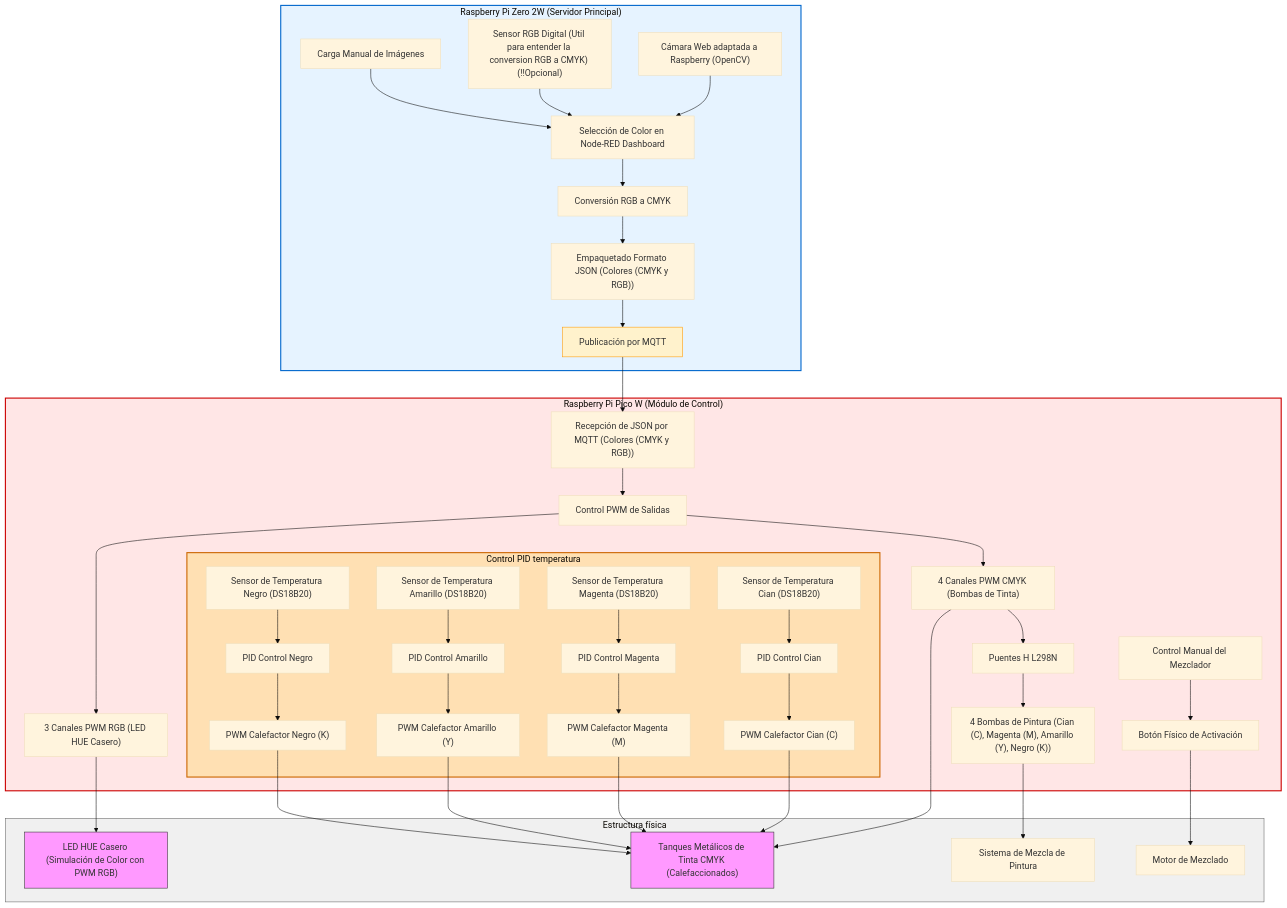
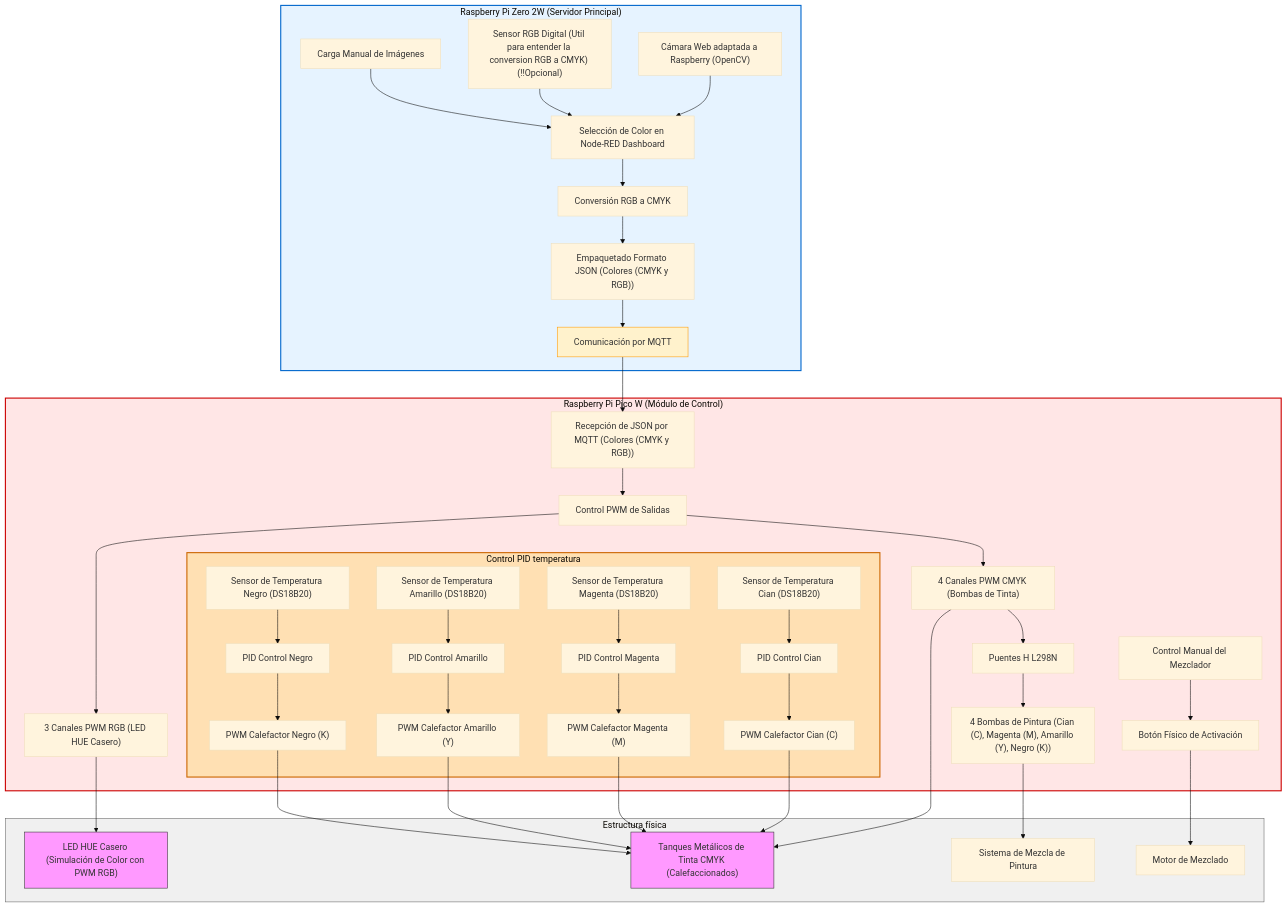
Before and after one commit to juandsandoval8/ChromaPID: the diagram in diagrama_MQTT.md, drawn with Mermaid (base theme).

````diff
--- a/diagrama_MQTT.md
+++ b/diagrama_MQTT.md
@@ -1,65 +1,65 @@
 ```mermaid
 flowchart TD
     %% ================= MAESTRO (Raspberry Pi Zero 2W) =================
     subgraph Maestro["Raspberry Pi Zero 2W (Servidor Principal)"]
         A["Cámara Web adaptada a Raspberry (OpenCV)"] --> B["Selección de Color en Node-RED Dashboard"]
         C["Sensor RGB Digital (Util para entender la conversion RGB a CMYK) (!!Opcional)"] --> B
         D["Carga Manual de Imágenes"] --> B
         B --> E["Conversión RGB a CMYK"]
         E --> F["Empaquetado Formato JSON (Colores (CMYK y RGB))"]
-        F --> G["Publicación por MQTT"]
+        F --> G["Comunicación por MQTT"]
     end
 
     %% ================= ESCLAVO (Raspberry Pi Pico W) =================
     subgraph Esclavo["Raspberry Pi Pico W (Módulo de Control)"]
         G --> H["Recepción de JSON por MQTT (Colores (CMYK y RGB))"]
         H --> I["Control PWM de Salidas"]
 
         %% PWM
         I --> M["4 Canales PWM CMYK (Bombas de Tinta)"]
         I --> N["3 Canales PWM RGB (LED HUE Casero)"]
 
         %% Temperatura - Control Independiente
         subgraph Temperatura["Control PID temperatura"]
             J1["Sensor de Temperatura Cian (DS18B20)"] --> P1["PID Control Cian"]
             J2["Sensor de Temperatura Magenta (DS18B20)"] --> P2["PID Control Magenta"]
             J3["Sensor de Temperatura Amarillo (DS18B20)"] --> P3["PID Control Amarillo"]
             J4["Sensor de Temperatura Negro (DS18B20)"] --> P4["PID Control Negro"]
 
             P1 --> T1["PWM Calefactor Cian (C)"]
             P2 --> T2["PWM Calefactor Magenta (M)"]
             P3 --> T3["PWM Calefactor Amarillo (Y)"]
             P4 --> T4["PWM Calefactor Negro (K)"]
         end
 
         %% Bombas
         M --> R["Puentes H L298N"]
         R --> S["4 Bombas de Pintura (Cian (C), Magenta (M), Amarillo (Y), Negro (K))"]
 
         %% Mezclador
         L["Control Manual del Mezclador"] --> Z["Botón Físico de Activación"]
     end
 
     %% ================= PERIFÉRICOS =================
     subgraph Periféricos["Estructura física"]
         N --> U["LED HUE Casero (Simulación de Color con PWM RGB)"]
         M --> V["Tanques Metálicos de Tinta CMYK (Calefaccionados)"]
         T1 --> V
         T2 --> V
         T3 --> V
         T4 --> V
         S --> Y["Sistema de Mezcla de Pintura"]
         Z --> X["Motor de Mezclado"]
     end
 
     %% ================= ESTILOS =================
     style Maestro fill:#e6f3ff,stroke:#0066cc,stroke-width:2px
     style Esclavo fill:#ffe6e6,stroke:#cc0000,stroke-width:2px
     style Temperatura fill:#ffe0b3,stroke:#cc6600,stroke-width:2px
     style Periféricos fill:#f0f0f0,stroke:#666,stroke-width:1px
     style G fill:#fff2cc,stroke:#ff9900,stroke-width:1px
     style V fill:#f9f,stroke:#333
     style U fill:#f9f,stroke:#333
 
 
 ```
````
